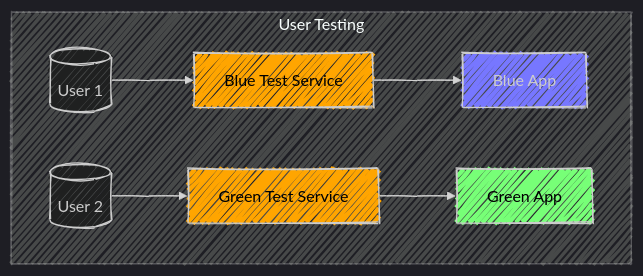
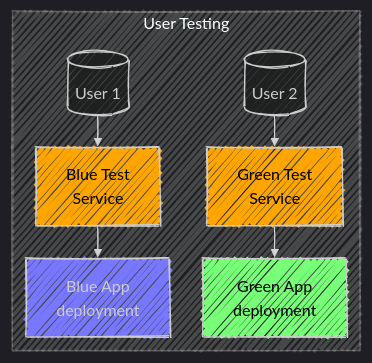
The second of 3 diagrams in docs/2_application_deployment.md (Mehdi-H/preparation-certif-ckad), drawn with Mermaid before and after one commit. The commit also changed other lines of this file, not shown here.

Commit message:
🚀🐥 Canary deployment

````diff
--- a/docs/2_application_deployment.md
+++ b/docs/2_application_deployment.md
@@ -46,20 +46,21 @@
 ```mermaid
 ---
 config:
+  layout: elk
   look: handDrawn
   theme: dark
   mainBkg: #f4f4f4
 ---
 graph TD
     subgraph "User Testing"
-        User1[("User 1")] --> BlueTest["Blue Test Service"]
-        User2[("User 2")] --> GreenTest["Green Test Service"]
+        User1[("User 1")] --> BlueTest["Blue Test <br>Service"]
+        User2[("User 2")] --> GreenTest["Green Test <br>Service"]
         
-        BlueTest --> BlueApp["Blue App"]
-        GreenTest --> GreenApp["Green App"]
+        BlueTest --> BlueApp["Blue App <br>deployment"]
+        GreenTest --> GreenApp["Green App <br>deployment"]
     end
 style BlueTest fill:orange,color:black
 style GreenTest fill:orange,color:black
 style BlueApp fill:#77F
 style GreenApp fill:#7F7,color:black
 ```
````
